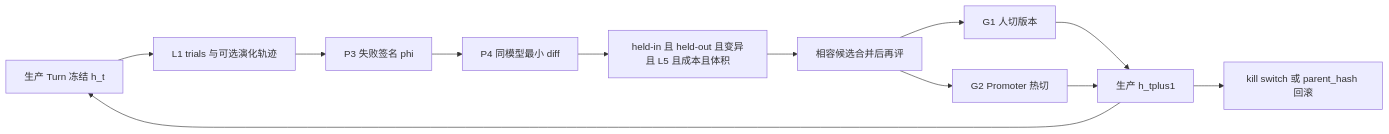
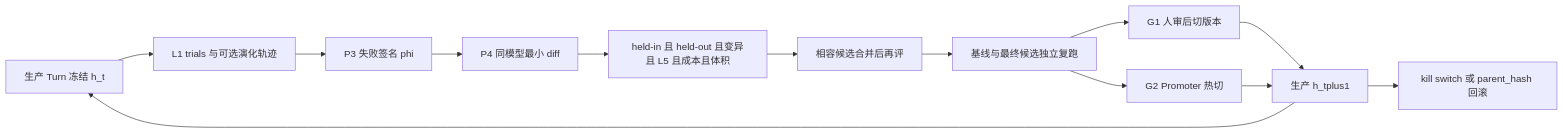
The diagram in docs/audits/agent-self-harness.md (yuqie6/ProductFlow), drawn with Mermaid before and after one commit. The commit also changed other lines of this file and 2 other files, not shown here.

````diff
--- a/docs/audits/agent-self-harness.md
+++ b/docs/audits/agent-self-harness.md
@@ -39,14 +39,15 @@
 ```mermaid
 flowchart LR
   live["生产 Turn 冻结 h_t"] --> traces["L1 trials 与可选演化轨迹"]
   traces --> mine["P3 失败签名 phi"]
   mine --> propose["P4 同模型最小 diff"]
   propose --> gate["held-in 且 held-out 且变异且 L5 且成本且体积"]
   gate --> merge["相容候选合并后再评"]
-  merge --> human["G1 人切版本"]
-  merge --> auto["G2 Promoter 热切"]
+  merge --> rerun["基线与最终候选独立复跑"]
+  rerun --> human["G1 人审后切版本"]
+  rerun --> auto["G2 Promoter 热切"]
   human --> prod["生产 h_tplus1"]
   auto --> prod
   prod --> live
   prod --> rollback["kill switch 或 parent_hash 回滚"]
 ```
````
